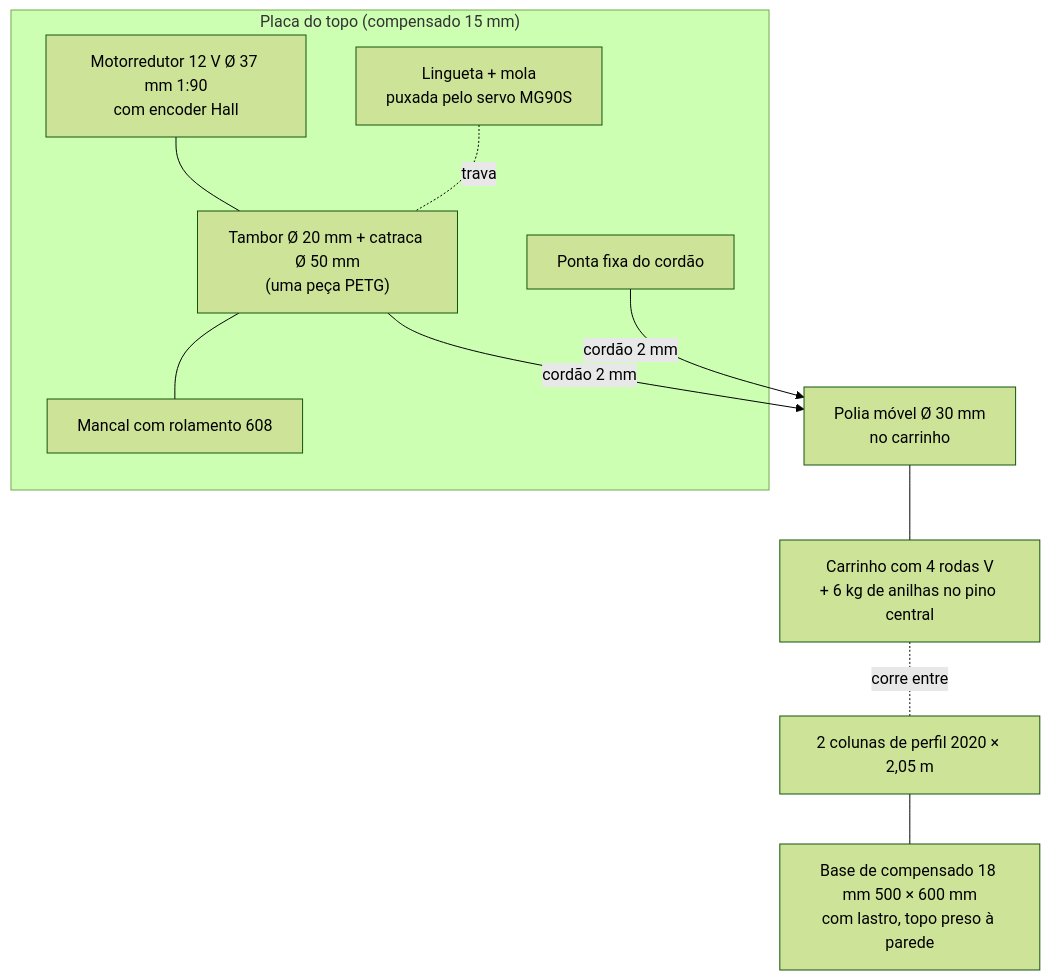
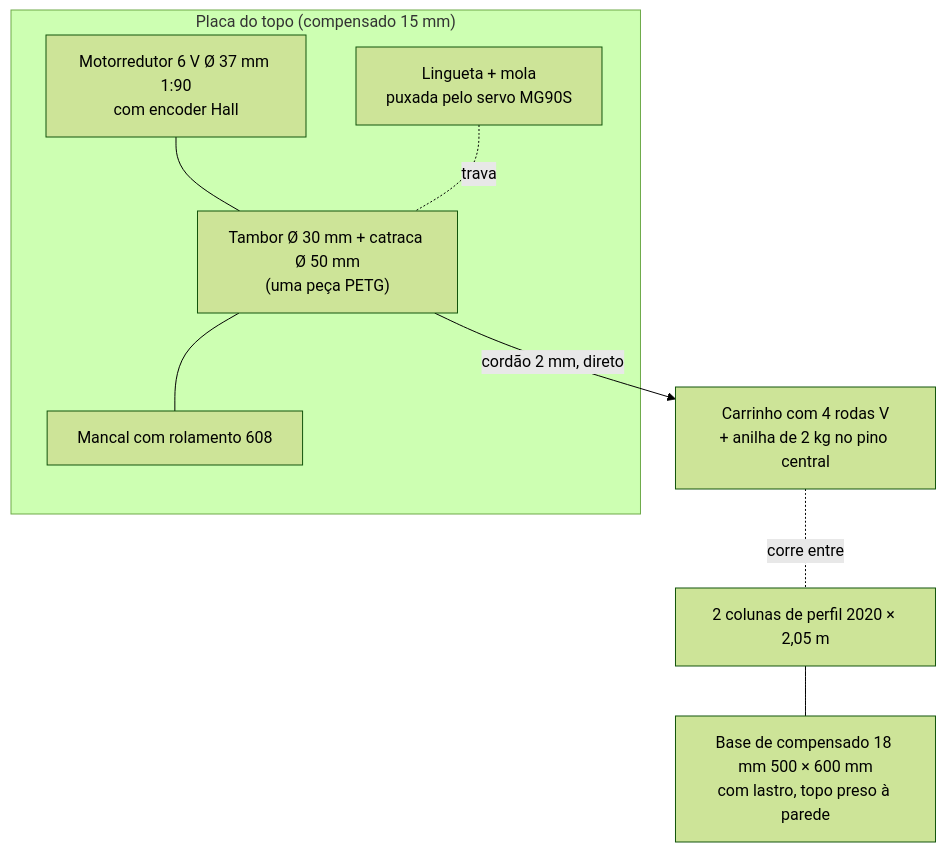
The diagram in MVP_FABLAB/02_ARQUITETO/mecanica.md (raimundogabriel/projeto-bateria-gravitacional), drawn with Mermaid (forest theme) before and after one commit. The commit also changed other lines of this file and 23 other files, not shown here.

First line of the commit message:
(docs): MVP com motor de 6 V e 2 kg, sem talha e tambor de 30 mm

````diff
--- a/MVP_FABLAB/02_ARQUITETO/mecanica.md
+++ b/MVP_FABLAB/02_ARQUITETO/mecanica.md
@@ -14,14 +15,11 @@
 ```mermaid
 flowchart TB
     subgraph TOPO["Placa do topo (compensado 15 mm)"]
-        M["Motorredutor 12 V Ø 37 mm 1:90<br/>com encoder Hall"] --- T["Tambor Ø 20 mm + catraca Ø 50 mm<br/>(uma peça PETG)"]
+        M["Motorredutor 6 V Ø 37 mm 1:90<br/>com encoder Hall"] --- T["Tambor Ø 30 mm + catraca Ø 50 mm<br/>(uma peça PETG)"]
         T --- R["Mancal com rolamento 608"]
         L["Lingueta + mola<br/>puxada pelo servo MG90S"] -.trava.- T
-        F["Ponta fixa do cordão"]
     end
-    T -->|"cordão 2 mm"| P["Polia móvel Ø 30 mm<br/>no carrinho"]
-    F -->|"cordão 2 mm"| P
-    P --- C["Carrinho com 4 rodas V<br/>+ 6 kg de anilhas no pino central"]
+    T -->|"cordão 2 mm, direto"| C["Carrinho com 4 rodas V<br/>+ anilha de 2 kg no pino central"]
     C -.corre entre.- G["2 colunas de perfil 2020 × 2,05 m"]
     G --- B["Base de compensado 18 mm 500 × 600 mm<br/>com lastro, topo preso à parede"]
 ```
````
